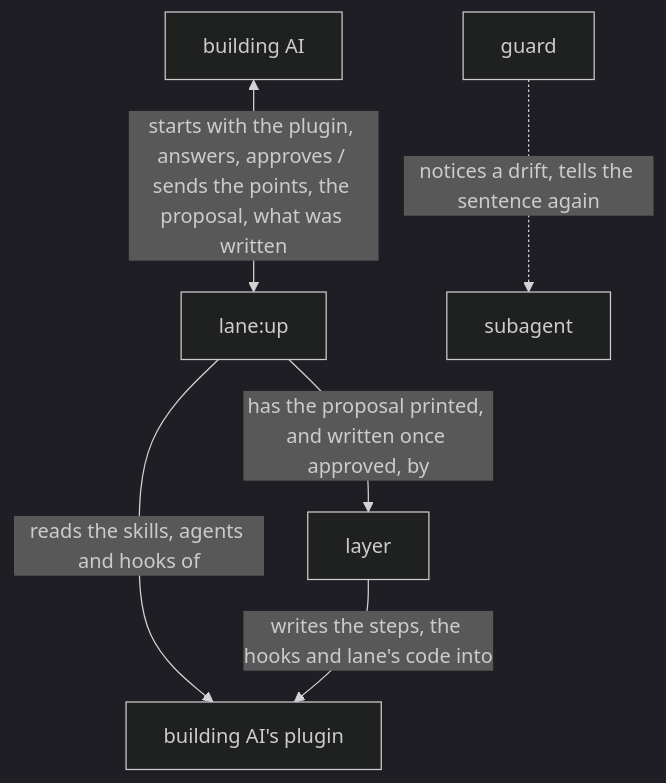
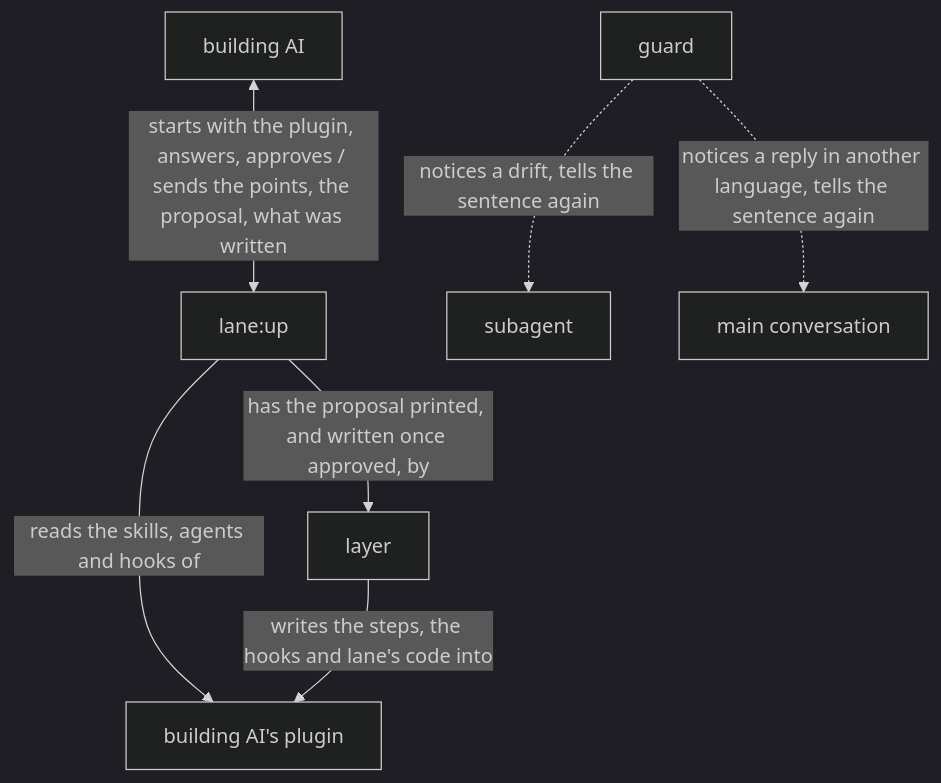
Before and after one commit to lovaizu/ccpm: the diagram in dev/lane/architecture.md, drawn with Mermaid (dark theme). The commit also changed other lines of this file and 6 other files, not shown here.

First line of the commit message:
lane's reply_in designed: a lane on the main conversation's reply, laid on the skill's step whose script prints the language, as the user chose

````diff
--- a/dev/lane/architecture.md
+++ b/dev/lane/architecture.md
@@ -34,14 +38,16 @@
 ```mermaid
 flowchart TB
   caller["building AI"]
   up["lane:up"]
   layer["layer"]
   plugin["building AI's plugin"]
   guard["guard"]
   sub["subagent"]
+  conv["main conversation"]
   caller <-->|starts with the plugin, answers, approves / sends the points, the proposal, what was written| up
   up -->|reads the skills, agents and hooks of| plugin
   up -->|has the proposal printed, and written once approved, by| layer
   layer -->|writes the steps, the hooks and lane's code into| plugin
   guard -.->|notices a drift, tells the sentence again| sub
+  guard -.->|notices a reply in another language, tells the sentence again| conv
 ```
````
